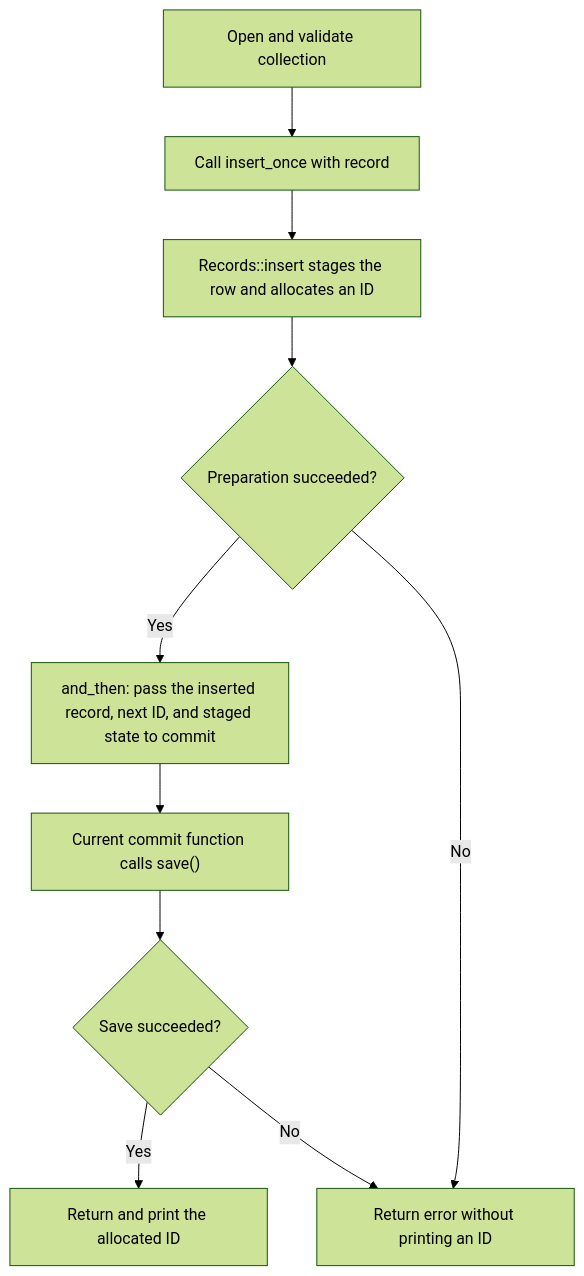
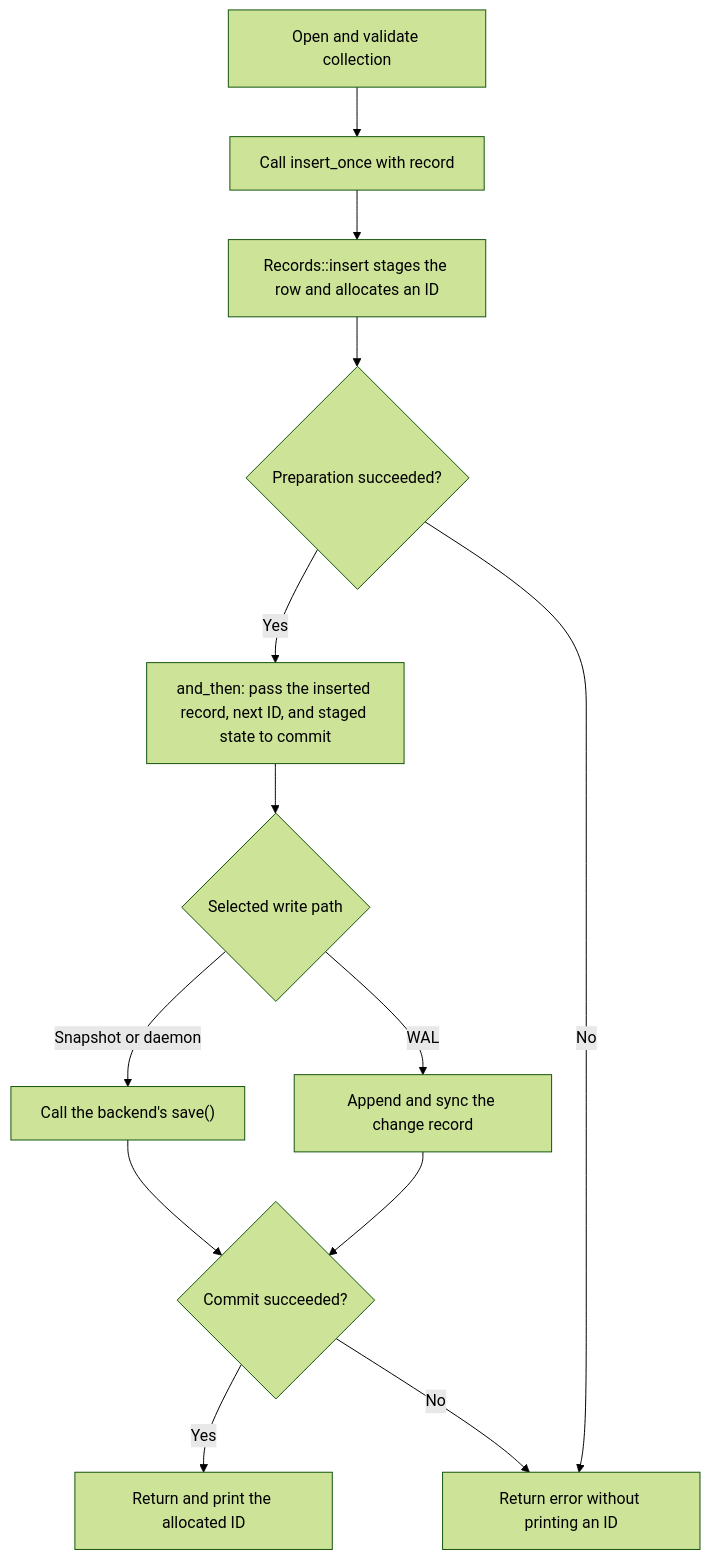
The diagram in README.md (YoshiakiNishimura/persist-collections), drawn with Mermaid (forest theme) before and after one commit. The commit also changed other lines of this file and 5 other files, not shown here.

Commit message:
Add WAL replay and checkpoint strategy for file stores

````diff
--- a/README.md
+++ b/README.md
@@ -119,12 +119,15 @@
 ```mermaid
 flowchart TD
     Open["Open and validate collection"] --> Insert["Call insert_once with record"]
     Insert --> Prepare["Records::insert stages the row and allocates an ID"]
     Prepare --> Prepared{"Preparation succeeded?"}
     Prepared -->|Yes| Commit["and_then: pass the inserted record, next ID, and staged state to commit"]
     Prepared -->|No| Failure["Return error without printing an ID"]
-    Commit --> Save["Current commit function calls save()"]
-    Save --> Saved{"Save succeeded?"}
+    Commit --> Strategy{"Selected write path"}
+    Strategy -->|Snapshot or daemon| Save["Call the backend's save()"]
+    Strategy -->|WAL| Log["Append and sync the change record"]
+    Save --> Saved{"Commit succeeded?"}
+    Log --> Saved
     Saved -->|Yes| Success["Return and print the allocated ID"]
     Saved -->|No| Failure
 ```
````
